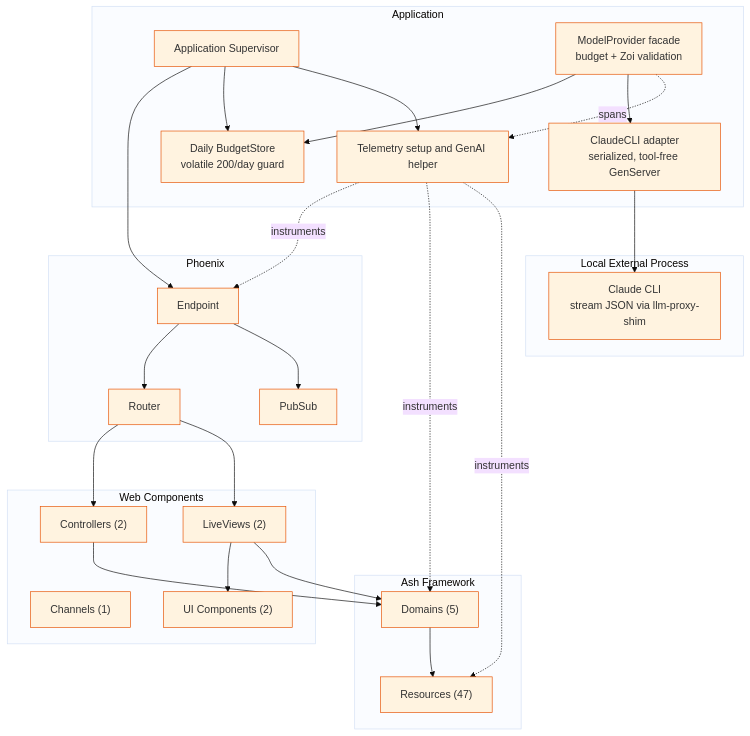
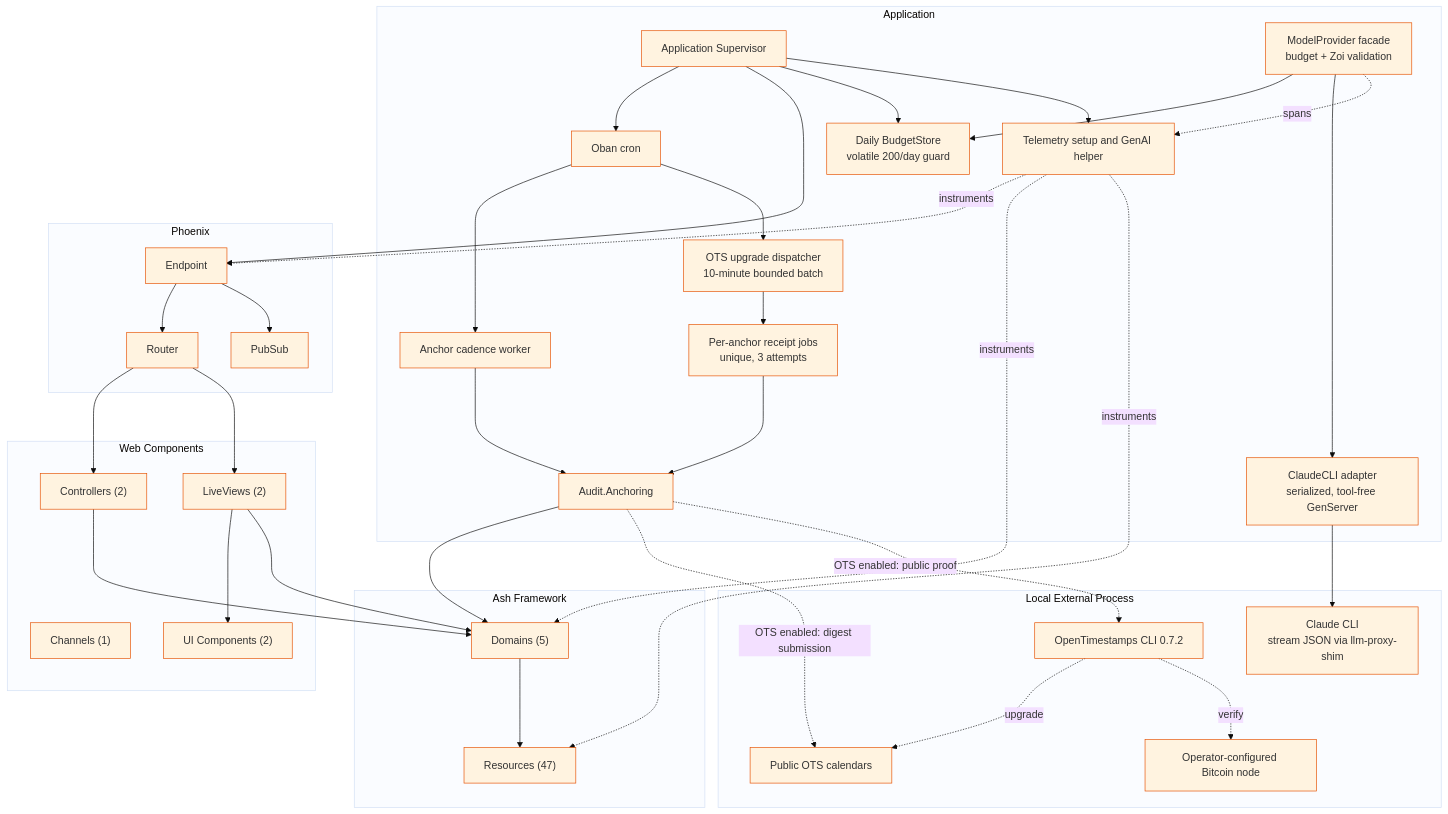
The diagram in docs/architecture/components.mmd (chops/sdr_agent), drawn with Mermaid before and after one commit. The commit also changed 16 other files, not shown here.

Commit message:
Enable OTS anchoring and bounded proof upgrades

```diff
--- a/docs/architecture/components.mmd
+++ b/docs/architecture/components.mmd
@@ -1,50 +1,69 @@
 %%{init: {'theme': 'base', 'themeVariables': { 'primaryColor': '#fff3e0', 'primaryBorderColor': '#e65100'}}}%%
 graph TB
     subgraph Application["Application"]
         App[Application Supervisor]
         Budget[Daily BudgetStore<br/>volatile 200/day guard]
         ModelProvider[ModelProvider facade<br/>budget + Zoi validation]
         ClaudeCLIAdapter[ClaudeCLI adapter<br/>serialized, tool-free GenServer]
         Telemetry[Telemetry setup and GenAI helper]
+        Oban[Oban cron]
+        Cadence[Anchor cadence worker]
+        UpgradeDispatch[OTS upgrade dispatcher<br/>10-minute bounded batch]
+        UpgradeJobs[Per-anchor receipt jobs<br/>unique, 3 attempts]
+        Anchoring[Audit.Anchoring]
     end
 
     subgraph Phoenix["Phoenix"]
         Endpoint[Endpoint]
         Router[Router]
         PubSub[PubSub]
     end
 
     subgraph Web["Web Components"]
         Controllers["Controllers (2)"]
         LiveViews["LiveViews (2)"]
         Channels["Channels (1)"]
         UIComponents["UI Components (2)"]
     end
 
     subgraph Ash["Ash Framework"]
         Domains["Domains (5)"]
         Resources["Resources (47)"]
     end
 
     subgraph External["Local External Process"]
         Claude[Claude CLI<br/>stream JSON via llm-proxy-shim]
+        OTSCLI[OpenTimestamps CLI 0.7.2]
+        OTSCalendars[Public OTS calendars]
+        Bitcoin[Operator-configured Bitcoin node]
     end
 
+    App --> Oban
+    Oban --> Cadence
+    Oban --> UpgradeDispatch
+    UpgradeDispatch --> UpgradeJobs
+    Cadence --> Anchoring
+    UpgradeJobs --> Anchoring
+    Anchoring --> Domains
+    Anchoring -. OTS enabled: digest submission .-> OTSCalendars
+    Anchoring -. OTS enabled: public proof .-> OTSCLI
+    OTSCLI -. upgrade .-> OTSCalendars
+    OTSCLI -. verify .-> Bitcoin
     App --> Endpoint
     App --> Budget
     App --> Telemetry
     ModelProvider --> Budget
     ModelProvider --> ClaudeCLIAdapter
     ModelProvider -. spans .-> Telemetry
     ClaudeCLIAdapter --> Claude
     Endpoint --> Router
     Endpoint --> PubSub
     Router --> Controllers
     Router --> LiveViews
     LiveViews --> UIComponents
     Controllers --> Domains
     LiveViews --> Domains
     Domains --> Resources
     Telemetry -. instruments .-> Endpoint
     Telemetry -. instruments .-> Domains
     Telemetry -. instruments .-> Resources
```
